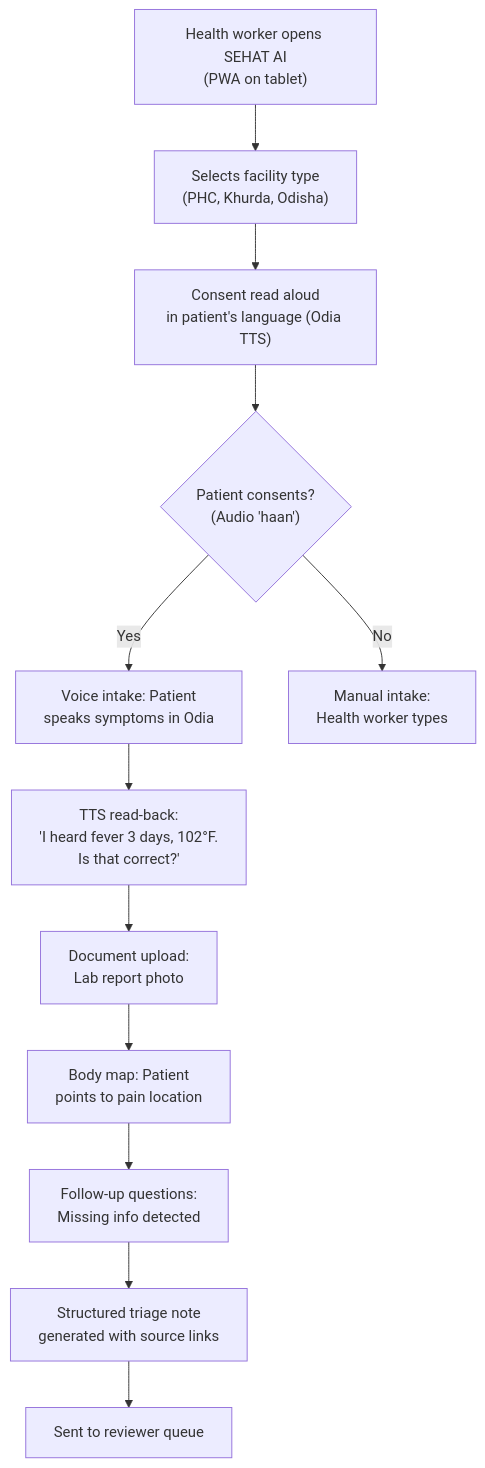
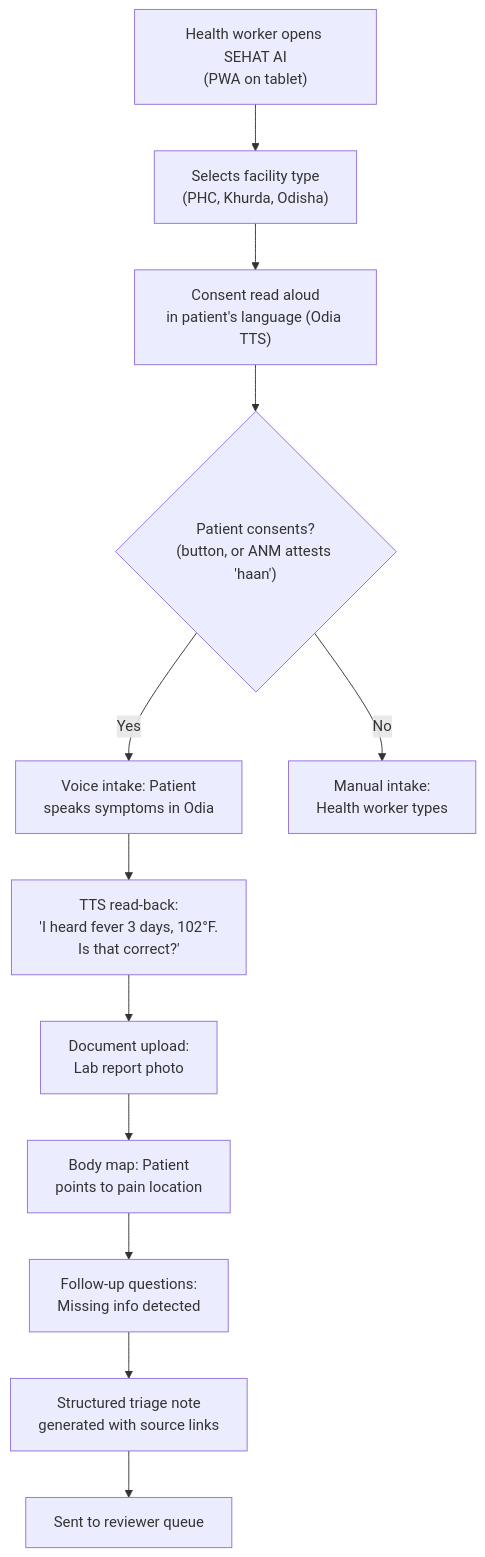
The second of 4 diagrams in docs/01_PRD.md (suresh121011/SEHAT-AI), drawn with Mermaid before and after one commit. The commit also changed other lines of this file and 45 other files, not shown here.

````diff
--- a/docs/01_PRD.md
+++ b/docs/01_PRD.md
@@ -149,14 +149,14 @@
 ```mermaid
 flowchart TD
     A["Health worker opens SEHAT AI\n(PWA on tablet)"] --> B["Selects facility type\n(PHC, Khurda, Odisha)"]
     B --> C["Consent read aloud\nin patient's language (Odia TTS)"]
-    C --> D{"Patient consents?\n(Audio 'haan')"}
+    C --> D{"Patient consents?\n(button, or ANM attests 'haan')"}
     D -->|Yes| E["Voice intake: Patient\nspeaks symptoms in Odia"]
     D -->|No| F["Manual intake:\nHealth worker types"]
     E --> G["TTS read-back:\n'I heard fever 3 days, 102°F.\nIs that correct?'"]
     G --> H["Document upload:\nLab report photo"]
     H --> I["Body map: Patient\npoints to pain location"]
     I --> J["Follow-up questions:\nMissing info detected"]
     J --> K["Structured triage note\ngenerated with source links"]
     K --> L["Sent to reviewer queue"]
 ```
````
